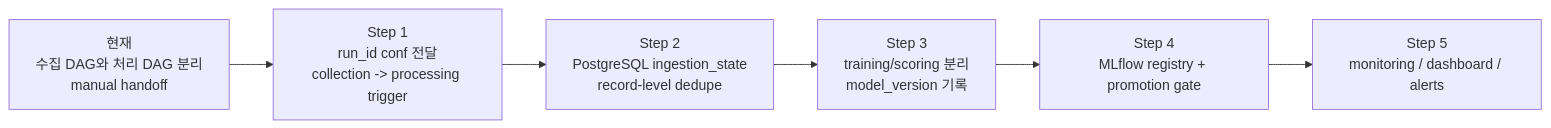
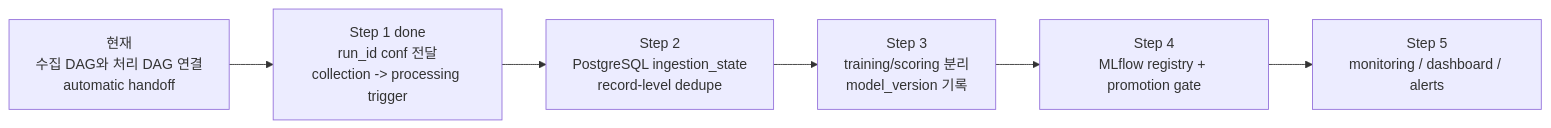
Before and after one commit to belucent0/vehicle-recall-risk-mlops: the fifth of 5 diagrams in docs/ARCHITECTURE_VISUALIZATION.md, drawn with Mermaid. The commit also changed other lines of this file and 9 other files, not shown here.

Commit message:
Add collection to processing DAG handoff

````diff
--- a/docs/ARCHITECTURE_VISUALIZATION.md
+++ b/docs/ARCHITECTURE_VISUALIZATION.md
@@ -288,11 +290,11 @@
 ```mermaid
 flowchart LR
-    s0["현재<br/>수집 DAG와 처리 DAG 분리<br/>manual handoff"]
-    s1["Step 1<br/>run_id conf 전달<br/>collection -> processing trigger"]
+    s0["현재<br/>수집 DAG와 처리 DAG 연결<br/>automatic handoff"]
+    s1["Step 1 done<br/>run_id conf 전달<br/>collection -> processing trigger"]
     s2["Step 2<br/>PostgreSQL ingestion_state<br/>record-level dedupe"]
     s3["Step 3<br/>training/scoring 분리<br/>model_version 기록"]
     s4["Step 4<br/>MLflow registry + promotion gate"]
     s5["Step 5<br/>monitoring / dashboard / alerts"]
 
     s0 --> s1 --> s2 --> s3 --> s4 --> s5
 ```
````
